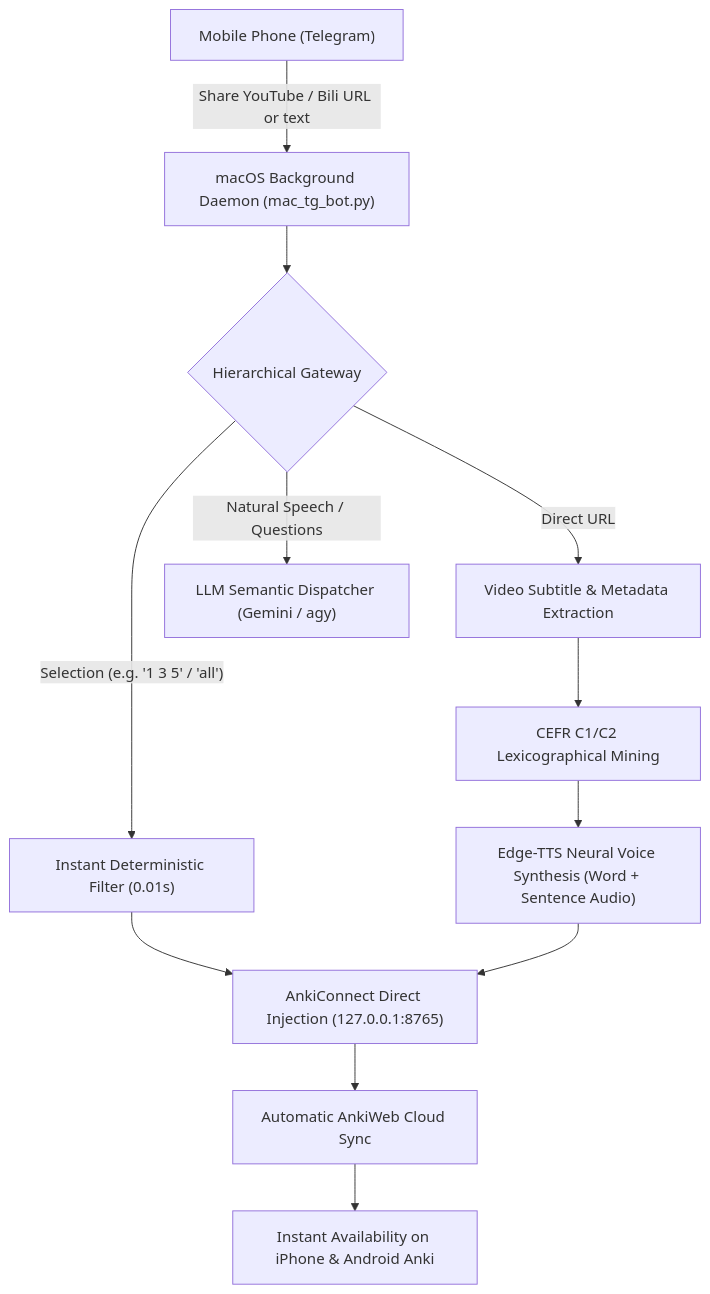
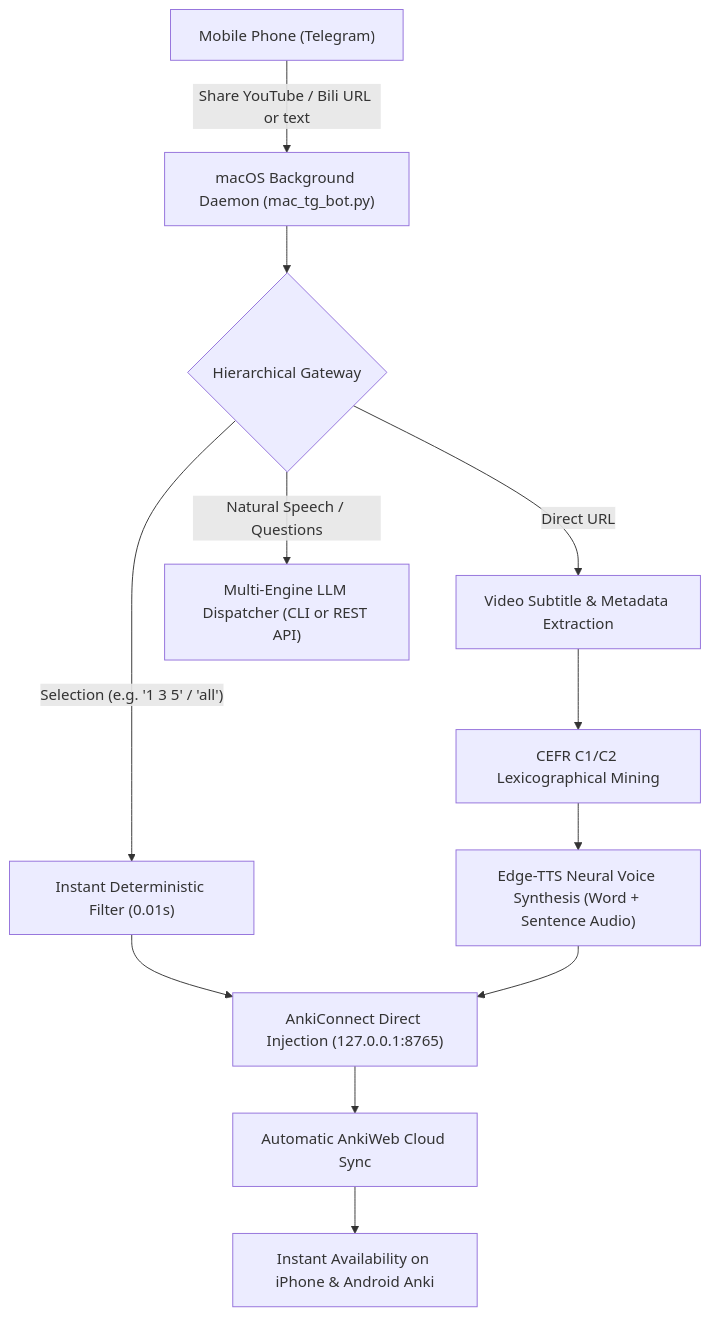
One commit to chase-yuan/anki-context-miner changed the diagram in README.md. Above: the diagram before and after it, drawn with Mermaid. The commit also changed other lines of this file and 7 other files, not shown here.

Commit message:
feat(llm): support multi-engine backend with REST APIs and local CLI tools (Codex, AGY, Claude)

````diff
--- a/README.md
+++ b/README.md
@@ -11,14 +11,14 @@
 ```mermaid
 flowchart TD
     A["Mobile Phone (Telegram)"] -->|"Share YouTube / Bili URL or text"| B["macOS Background Daemon (mac_tg_bot.py)"]
     B --> C{"Hierarchical Gateway"}
     C -->|"Direct URL"| D["Video Subtitle & Metadata Extraction"]
     C -->|"Selection (e.g. '1 3 5' / 'all')"| E["Instant Deterministic Filter (0.01s)"]
-    C -->|"Natural Speech / Questions"| F["LLM Semantic Dispatcher (Gemini / agy)"]
+    C -->|"Natural Speech / Questions"| F["Multi-Engine LLM Dispatcher (CLI or REST API)"]
     D --> G["CEFR C1/C2 Lexicographical Mining"]
     G --> H["Edge-TTS Neural Voice Synthesis (Word + Sentence Audio)"]
     E --> I["AnkiConnect Direct Injection (127.0.0.1:8765)"]
     H --> I
     I --> J["Automatic AnkiWeb Cloud Sync"]
     J --> K["Instant Availability on iPhone & Android Anki"]
 ```
````
